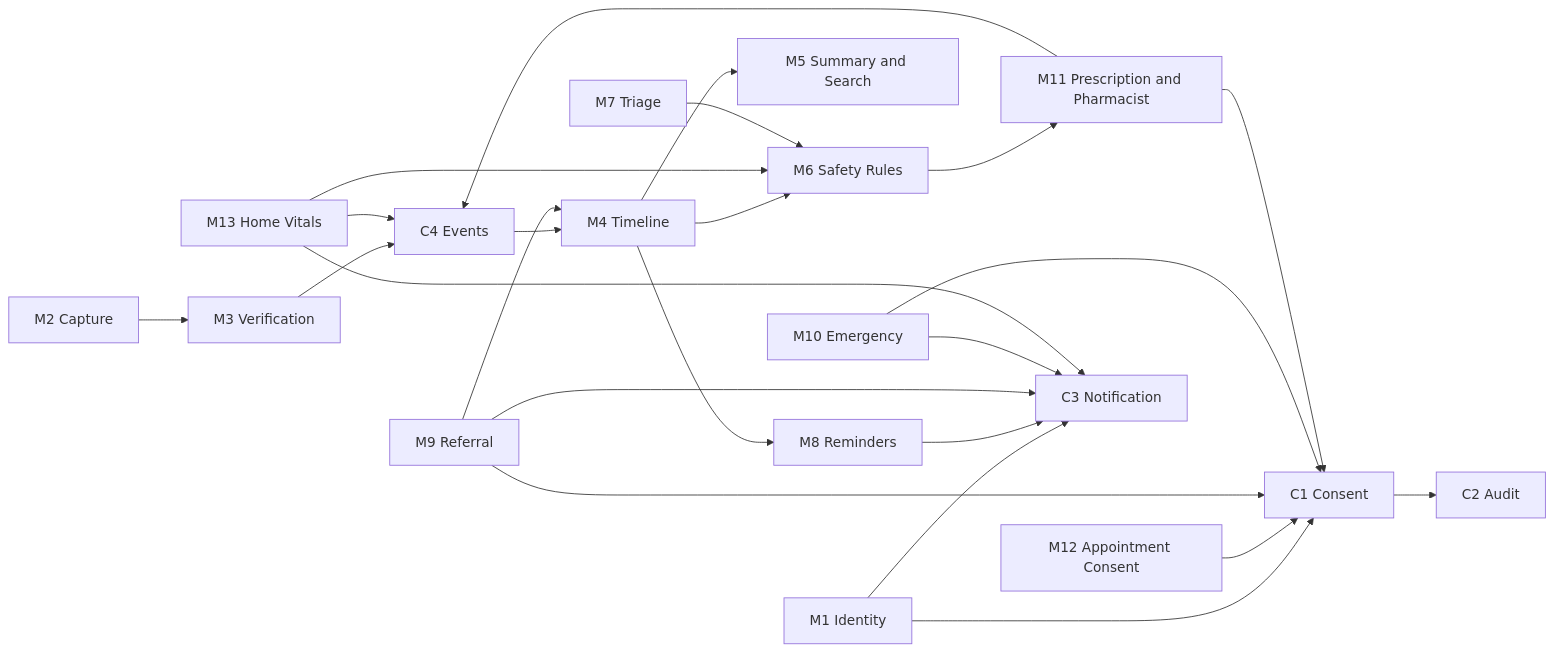
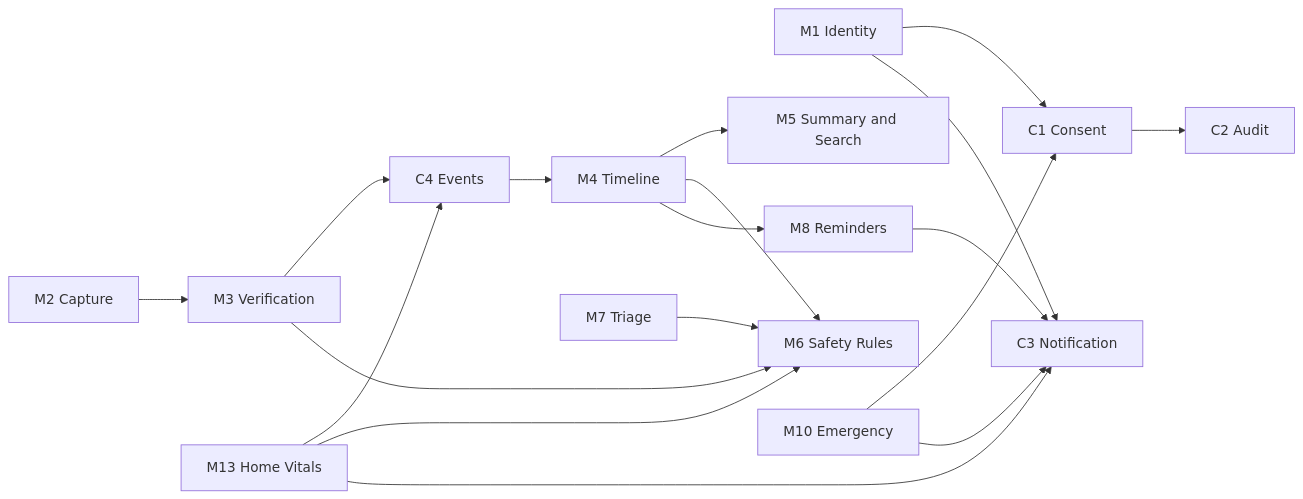
Before and after one commit to sarwar-islam/swasthyoid: the fourth of 26 diagrams in docs/FRD.md, drawn with Mermaid. The commit also changed other lines of this file and 1 other file, not shown here.

````diff
--- a/docs/FRD.md
+++ b/docs/FRD.md
@@ -210,26 +197,20 @@
 ```mermaid
 flowchart LR
     M1["M1 Identity"] --> C1["C1 Consent"]
     M2["M2 Capture"] --> M3["M3 Verification"]
     M3 --> C4["C4 Events"]
     C4 --> M4["M4 Timeline"]
     M4 --> M5["M5 Summary and Search"]
     M4 --> M6["M6 Safety Rules"]
     M4 --> M8["M8 Reminders"]
-    M6 --> M11["M11 Prescription and Pharmacist"]
-    M12["M12 Appointment Consent"] --> C1
-    M9["M9 Referral"] --> C1
-    M9 --> M4
+    M3 --> M6
     M10["M10 Emergency"] --> C1
-    M11 --> C1
-    M11 --> C4
     M13["M13 Home Vitals"] --> C4
     M13 --> M6
     M7["M7 Triage"] --> M6
     C1 --> C2["C2 Audit"]
     M1 --> C3["C3 Notification"]
     M8 --> C3
-    M9 --> C3
     M10 --> C3
     M13 --> C3
 ```
````
